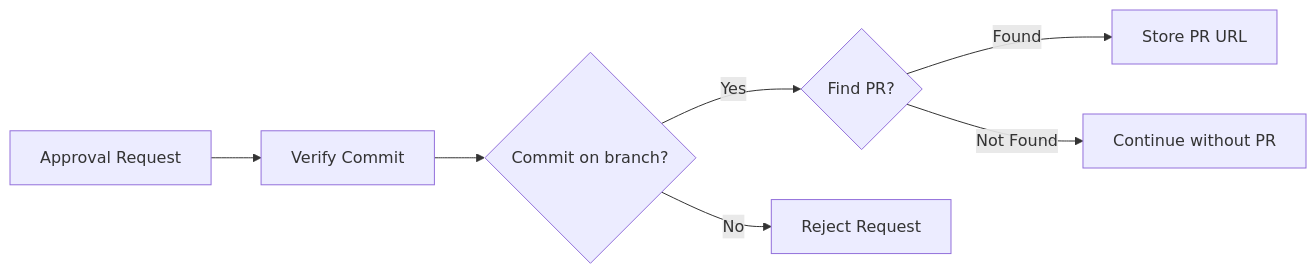
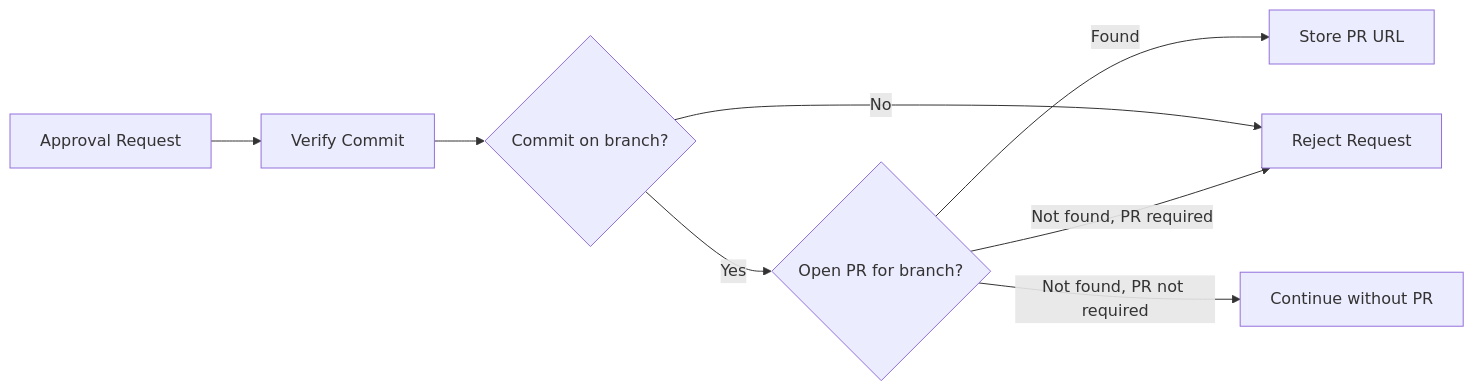
The second of 6 diagrams in docs/src/content/docs/integrations/deploy-approvals/workflow.mdx (DocSpring/rack-gateway), drawn with Mermaid before and after one commit. The commit also changed other lines of this file and 3 other files, not shown here.

````diff
--- a/docs/src/content/docs/integrations/deploy-approvals/workflow.mdx
+++ b/docs/src/content/docs/integrations/deploy-approvals/workflow.mdx
@@ -81,9 +84,10 @@
 ```mermaid
 graph LR
     Request[Approval Request] --> Verify[Verify Commit]
     Verify --> Branch{Commit on branch?}
-    Branch -->|Yes| PR{Find PR?}
+    Branch -->|Yes| PR{Open PR for branch?}
     Branch -->|No| Reject[Reject Request]
     PR -->|Found| Store[Store PR URL]
-    PR -->|Not Found| Continue[Continue without PR]
+    PR -->|Not found, PR required| Reject
+    PR -->|Not found, PR not required| Continue[Continue without PR]
 ```
````
